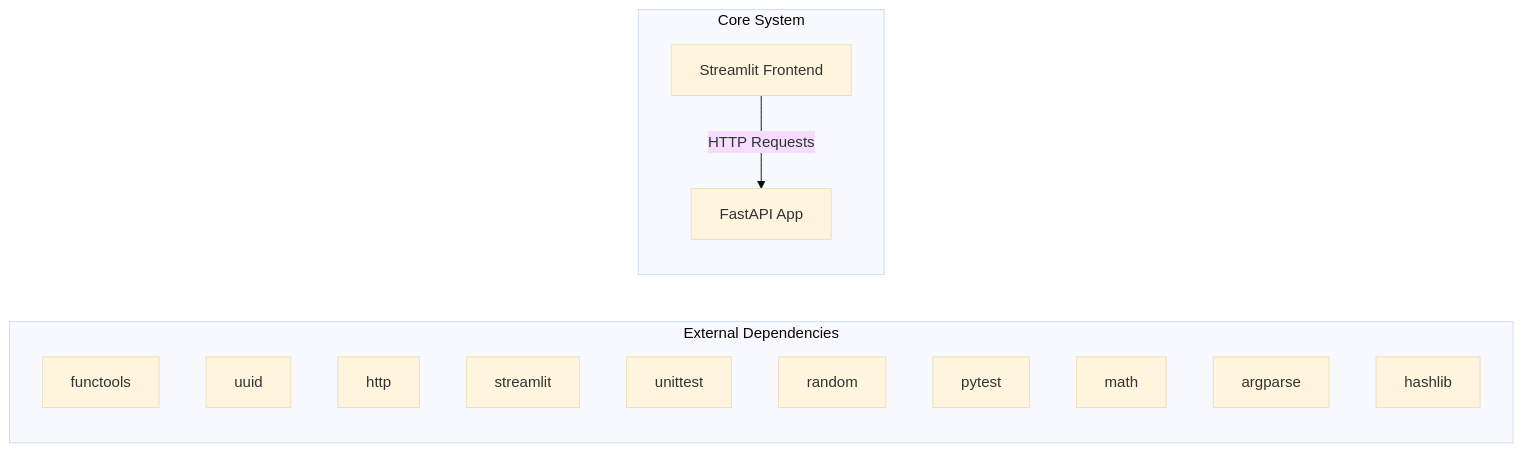
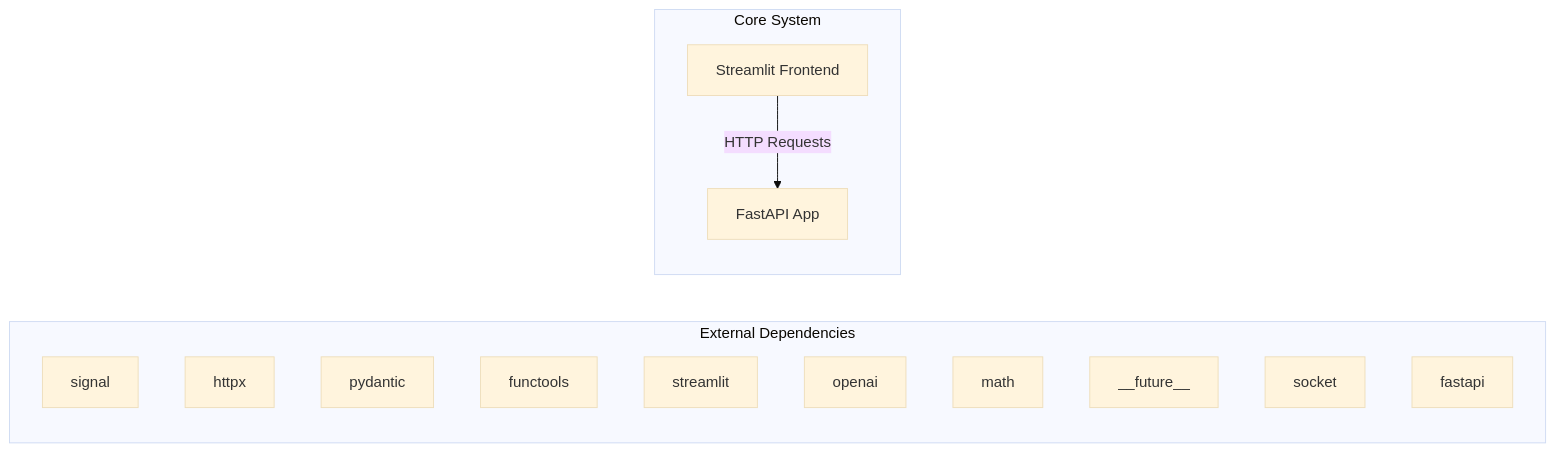
Before and after one commit to NITISH-R-G/rag-context-optimizer: the first of 2 diagrams in docs/architecture.md, drawn with Mermaid (base theme). The commit also changed 1 other file, not shown here.

Commit message:
docs: auto-update repository knowledge, architecture diagrams, and documentation

````diff
--- a/docs/architecture.md
+++ b/docs/architecture.md
@@ -7,20 +7,20 @@
 ```mermaid
 graph LR
     subgraph External Dependencies
-        E0["functools"]
-        E1["uuid"]
-        E2["http"]
-        E3["streamlit"]
-        E4["unittest"]
-        E5["random"]
-        E6["pytest"]
-        E7["math"]
-        E8["argparse"]
-        E9["hashlib"]
+        E0["signal"]
+        E1["httpx"]
+        E2["pydantic"]
+        E3["functools"]
+        E4["streamlit"]
+        E5["openai"]
+        E6["math"]
+        E7["__future__"]
+        E8["socket"]
+        E9["fastapi"]
     end
     subgraph Core System
         API["FastAPI App"]
         UI["Streamlit Frontend"]
     end
     UI -->|HTTP Requests| API
 ```
````
